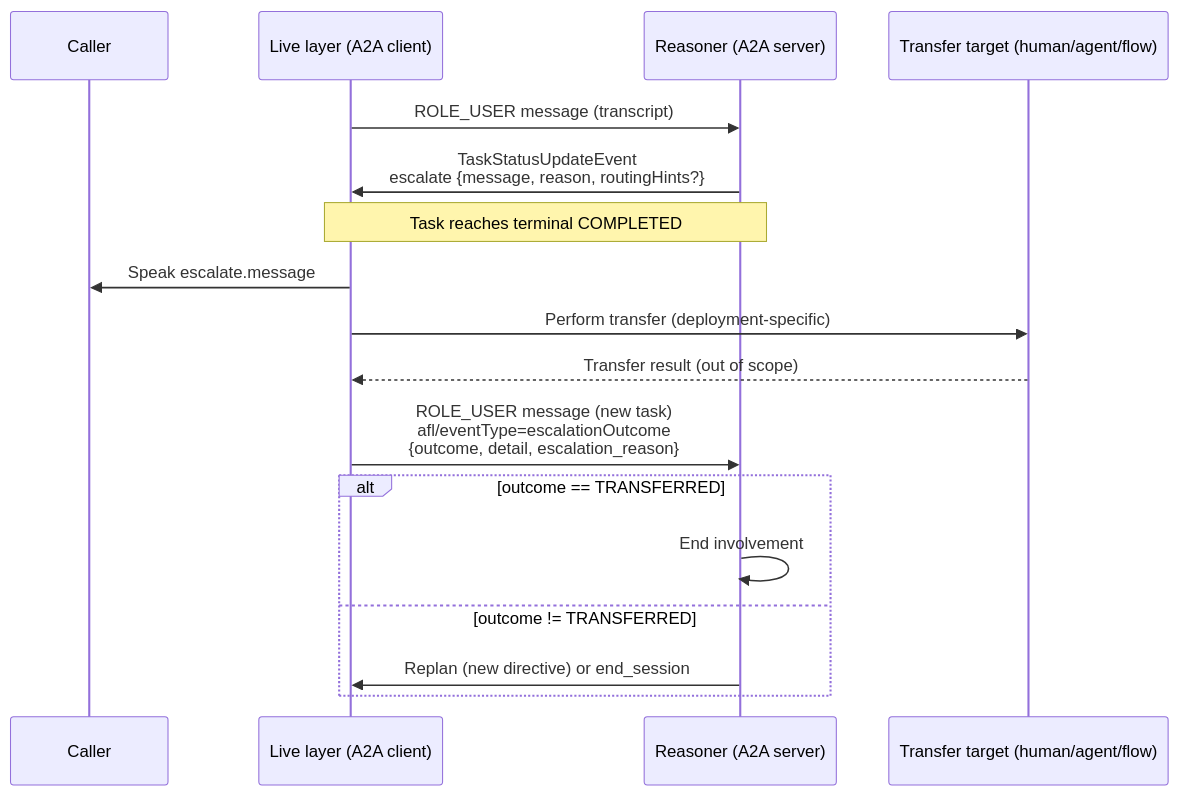
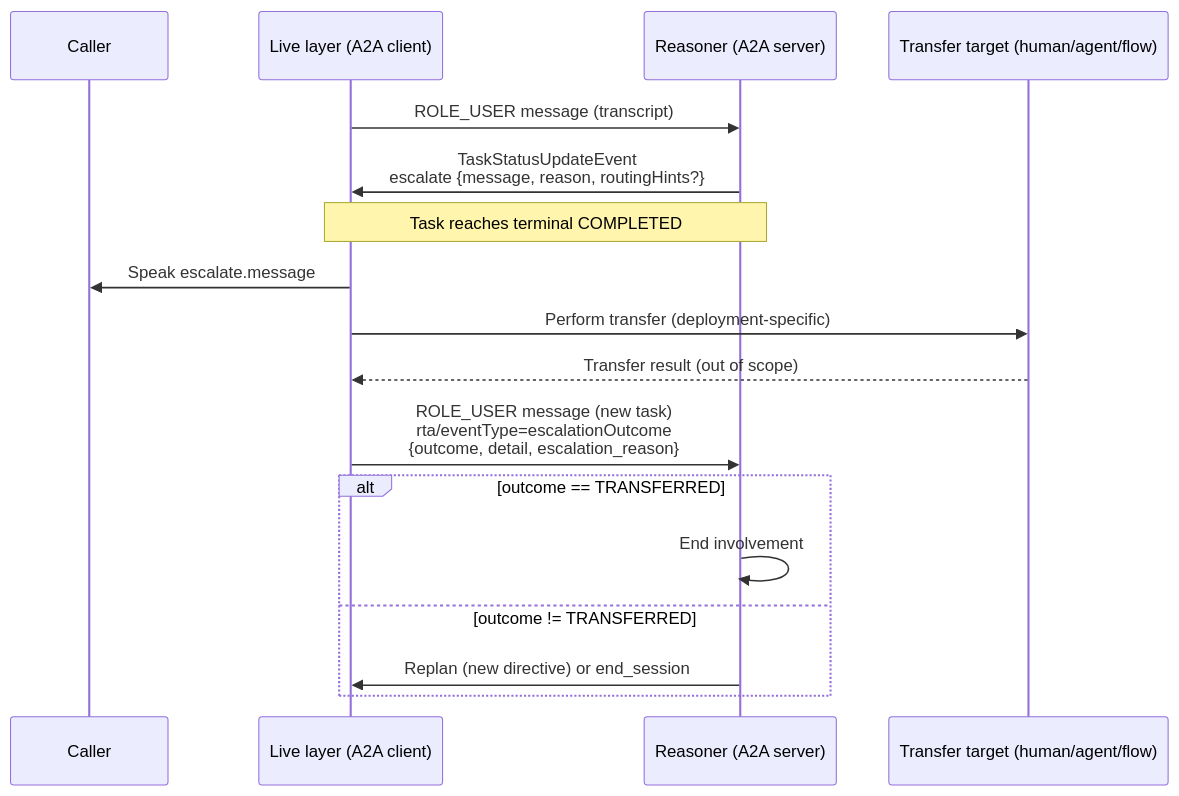
One commit to davidzhao/realtime-agent-protocol changed the diagram in docs/escalation.md. Above: the diagram before and after it, drawn with Mermaid. The commit also changed other lines of this file and 18 other files, not shown here.

First line of the commit message:
refactor: drop Agentforce branding; rename afl/ prefix shorthand to rta/

````diff
--- a/docs/escalation.md
+++ b/docs/escalation.md
@@ -133,20 +133,20 @@
 ```mermaid
 sequenceDiagram
   participant Caller
   participant Live as Live layer (A2A client)
   participant Reasoner as Reasoner (A2A server)
   participant Target as Transfer target (human/agent/flow)
 
   Live->>Reasoner: ROLE_USER message (transcript)
   Reasoner->>Live: TaskStatusUpdateEvent<br/>escalate {message, reason, routingHints?}
   Note over Reasoner,Live: Task reaches terminal COMPLETED
   Live->>Caller: Speak escalate.message
   Live->>Target: Perform transfer (deployment-specific)
   Target-->>Live: Transfer result (out of scope)
-  Live->>Reasoner: ROLE_USER message (new task)<br/>afl/eventType=escalationOutcome<br/>{outcome, detail, escalation_reason}
+  Live->>Reasoner: ROLE_USER message (new task)<br/>rta/eventType=escalationOutcome<br/>{outcome, detail, escalation_reason}
   alt outcome == TRANSFERRED
     Reasoner->>Reasoner: End involvement
   else outcome != TRANSFERRED
     Reasoner->>Live: Replan (new directive) or end_session
   end
 ```
````
